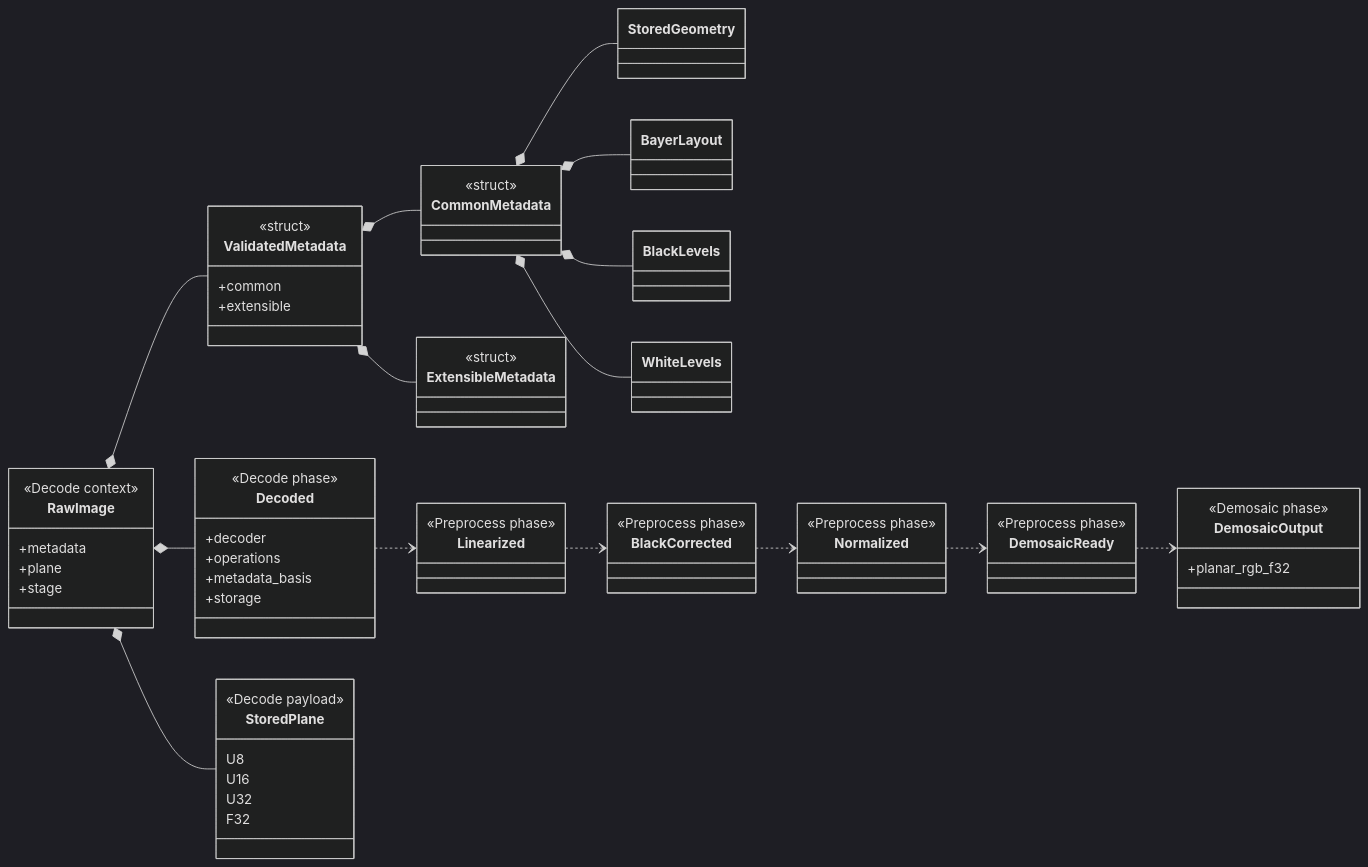
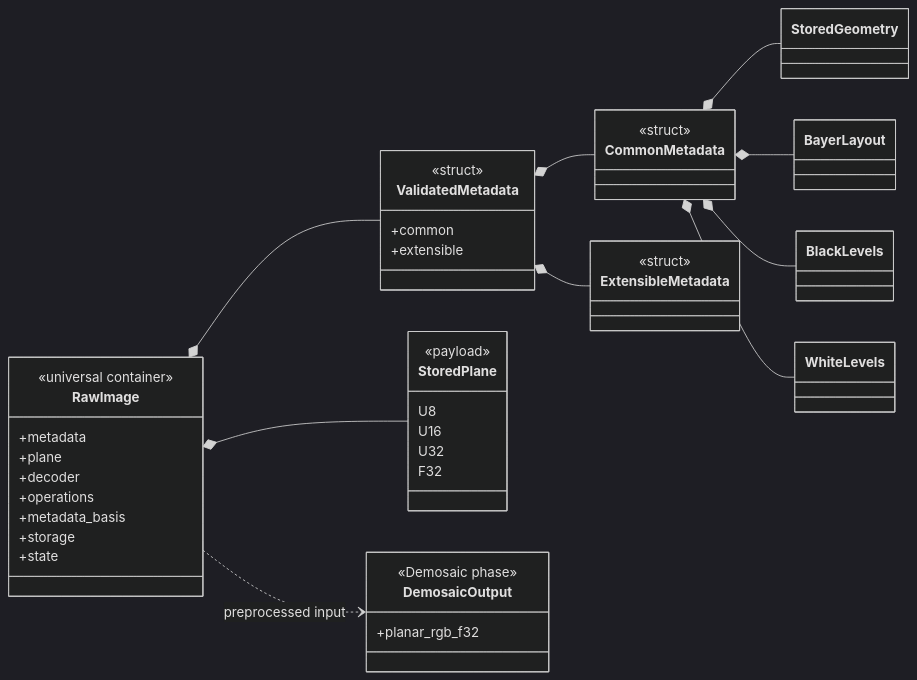
Before and after one commit to Glatzel/fornax: the diagram in docs/raw-pipeline/raw-image-struct.md, drawn with Mermaid (dark theme). The commit also changed other lines of this file and 11 other files, not shown here.

Commit message:
refactor(impl-core-001): simplify RawImage preprocessing model

````diff
--- a/docs/raw-pipeline/raw-image-struct.md
+++ b/docs/raw-pipeline/raw-image-struct.md
@@ -9,70 +9,50 @@
 ```mermaid
 classDiagram
     direction LR
     class RawImage {
-        <<Decode context>>
+        <<universal container>>
         +metadata
         +plane
-        +stage
+        +decoder
+        +operations
+        +metadata_basis
+        +storage
+        +state
     }
     class ValidatedMetadata {
         <<struct>>
         +common
         +extensible
     }
     class CommonMetadata {
         <<struct>>
     }
     class ExtensibleMetadata {
         <<struct>>
     }
     class StoredGeometry
     class BayerLayout
     class BlackLevels
     class WhiteLevels
-    class Decoded {
-        <<Decode phase>>
-        +decoder
-        +operations
-        +metadata_basis
-        +storage
-    }
     class StoredPlane {
-        <<Decode payload>>
+        <<payload>>
         U8
         U16
         U32
         F32
-    }
-    class Linearized {
-        <<Preprocess phase>>
-    }
-    class BlackCorrected {
-        <<Preprocess phase>>
-    }
-    class Normalized {
-        <<Preprocess phase>>
-    }
-    class DemosaicReady {
-        <<Preprocess phase>>
     }
     class DemosaicOutput {
         <<Demosaic phase>>
         +planar_rgb_f32
     }
 
     RawImage *-- ValidatedMetadata
     RawImage *-- StoredPlane
-    RawImage *-- Decoded
     ValidatedMetadata *-- CommonMetadata
     ValidatedMetadata *-- ExtensibleMetadata
     CommonMetadata *-- StoredGeometry
     CommonMetadata *-- BayerLayout
     CommonMetadata *-- BlackLevels
     CommonMetadata *-- WhiteLevels
-    Decoded ..> Linearized
-    Linearized ..> BlackCorrected
-    BlackCorrected ..> Normalized
-    Normalized ..> DemosaicReady
-    DemosaicReady ..> DemosaicOutput
+    RawImage ..> DemosaicOutput : preprocessed input
 ```
````
